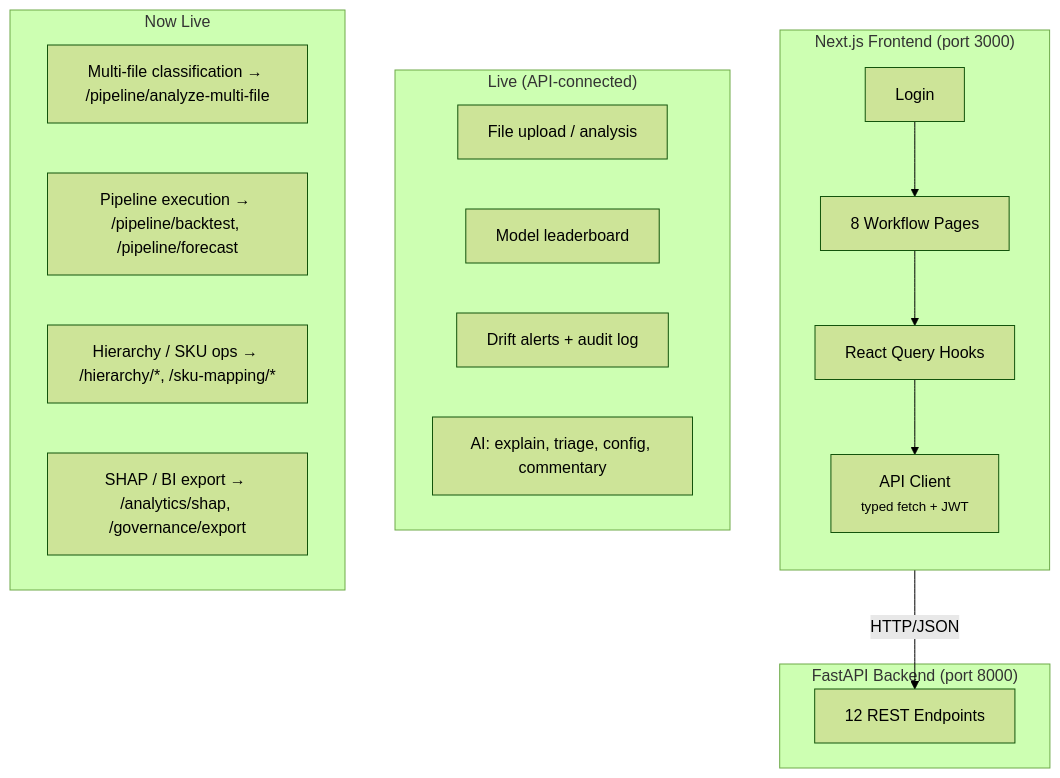
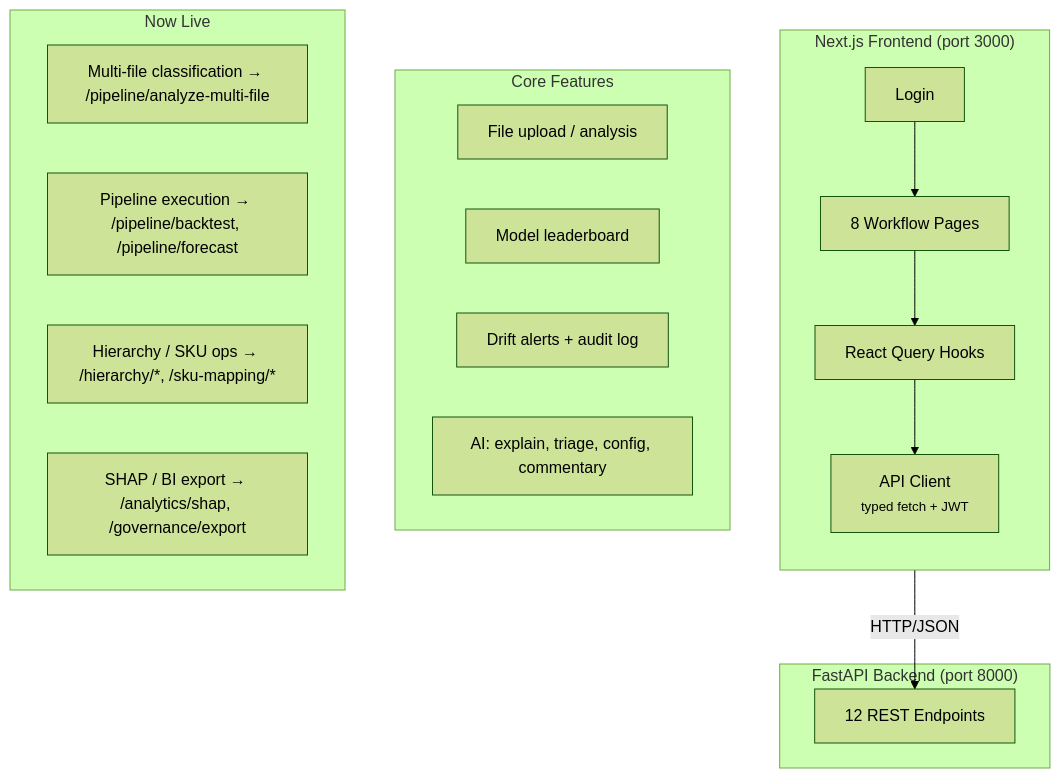
Before and after one commit to aethrixdev/sales_forecast: diagram 13 of 14 in ARCHITECTURE.md, drawn with Mermaid (forest theme). The commit also changed other lines of this file and 41 other files, not shown here.

````diff
--- a/ARCHITECTURE.md
+++ b/ARCHITECTURE.md
@@ -675,29 +610,29 @@
 ```mermaid
 graph TB
     subgraph NextJS["Next.js Frontend (port 3000)"]
         direction TB
         NL["Login"] --> NP["8 Workflow Pages"]
         NP --> NH["React Query Hooks"]
         NH --> NC["API Client<br/><small>typed fetch + JWT</small>"]
     end
 
     subgraph API["FastAPI Backend (port 8000)"]
         EP["12 REST Endpoints"]
     end
 
     NC -->|HTTP/JSON| EP
 
-    subgraph LiveFeatures["Live (API-connected)"]
+    subgraph LiveFeatures["Core Features"]
         LF1["File upload / analysis"]
         LF2["Model leaderboard"]
         LF3["Drift alerts + audit log"]
         LF4["AI: explain, triage, config, commentary"]
     end
 
     subgraph ImplementedFeatures["Now Live"]
         IF1["Multi-file classification → /pipeline/analyze-multi-file"]
         IF2["Pipeline execution → /pipeline/backtest, /pipeline/forecast"]
         IF3["Hierarchy / SKU ops → /hierarchy/*, /sku-mapping/*"]
         IF4["SHAP / BI export → /analytics/shap, /governance/export"]
     end
 ```
````
